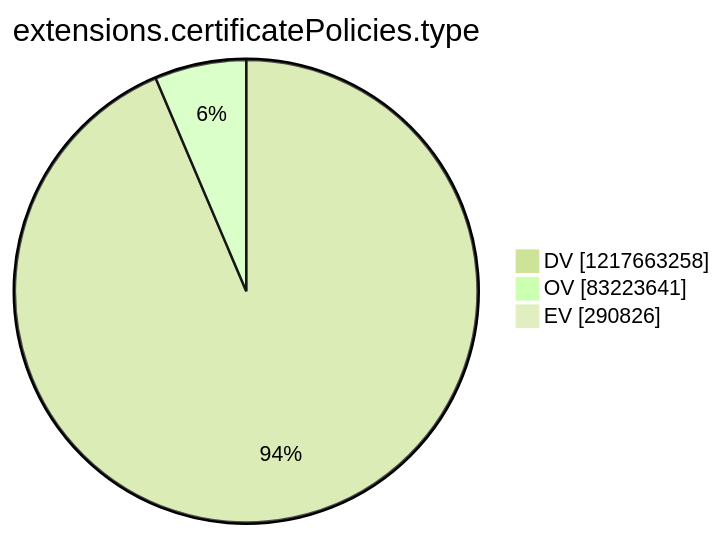
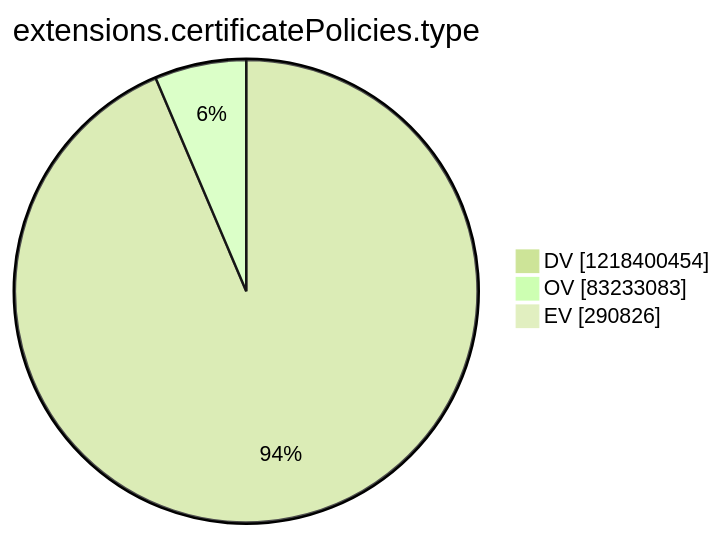
The tenth of 15 diagrams in argon2022/README.md (christiankrug/ctmonitor_visualization), drawn with Mermaid (forest theme) before and after one commit. The commit also changed other lines of this file, not shown here.

````diff
--- a/argon2022/README.md
+++ b/argon2022/README.md
@@ -2769,7 +2769,7 @@
 ```mermaid
 pie showData
 title extensions.certificatePolicies.type
-"DV" :1217663258
-"OV" :83223641
+"DV" :1218400454
+"OV" :83233083
 "EV" :290826
 ```
````
